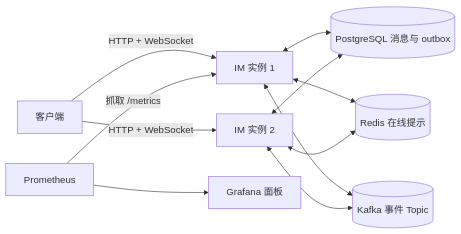
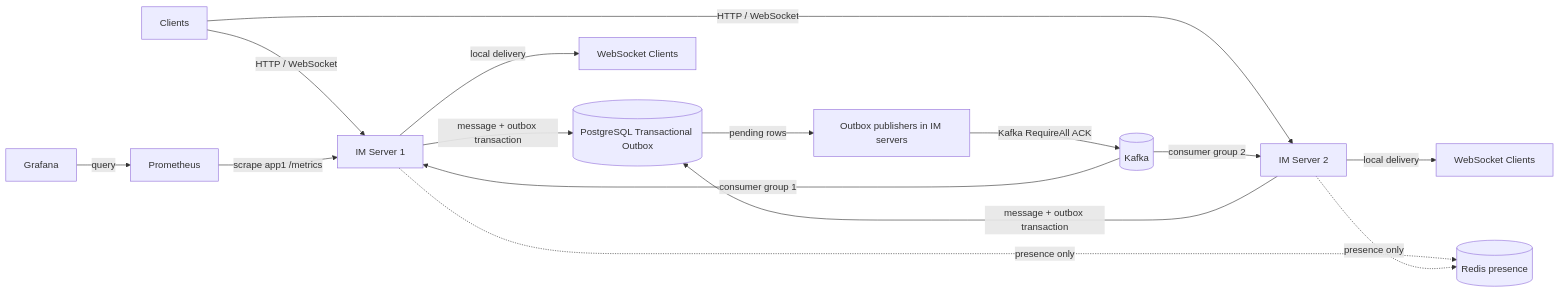
Before and after one commit to vmc6g8p2tk-lab/go-im: the diagram in README.md, drawn with Mermaid. The commit also changed other lines of this file and 23 other files, not shown here.

````diff
--- a/README.md
+++ b/README.md
@@ -13,13 +24,17 @@
 ```mermaid
 flowchart LR
-    Client[客户端] -->|HTTP + WebSocket| A[IM 实例 1]
-    Client -->|HTTP + WebSocket| B[IM 实例 2]
-    A <--> PG[(PostgreSQL 消息与 outbox)]
-    B <--> PG
-    A <--> R[(Redis 在线提示)]
-    B <--> R
-    A <--> K[(Kafka 事件 Topic)]
-    B <--> K
-    P[Prometheus] -->|抓取 /metrics| A
-    P --> G[Grafana 面板]
+    C[Clients] -->|HTTP / WebSocket| A[IM Server 1]
+    C -->|HTTP / WebSocket| B[IM Server 2]
+    A -->|message + outbox transaction| PG[(PostgreSQL Transactional Outbox)]
+    B -->|message + outbox transaction| PG
+    PG -->|pending rows| Pub[Outbox publishers in IM servers]
+    Pub -->|Kafka RequireAll ACK| K[(Kafka)]
+    K -->|consumer group 1| A
+    K -->|consumer group 2| B
+    A -->|local delivery| W1[WebSocket Clients]
+    B -->|local delivery| W2[WebSocket Clients]
+    A -.->|presence only| R[(Redis presence)]
+    B -.->|presence only| R
+    P[Prometheus] -->|scrape app1 /metrics| A
+    G[Grafana] -->|query| P
 ```
````
